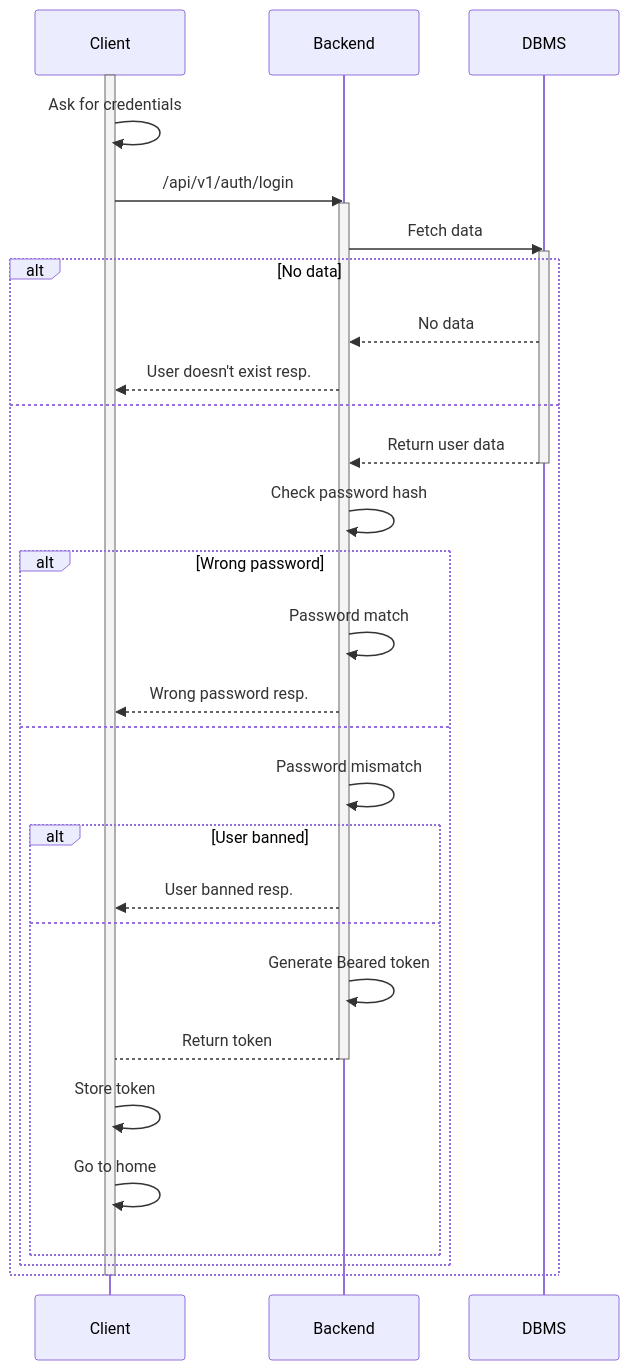
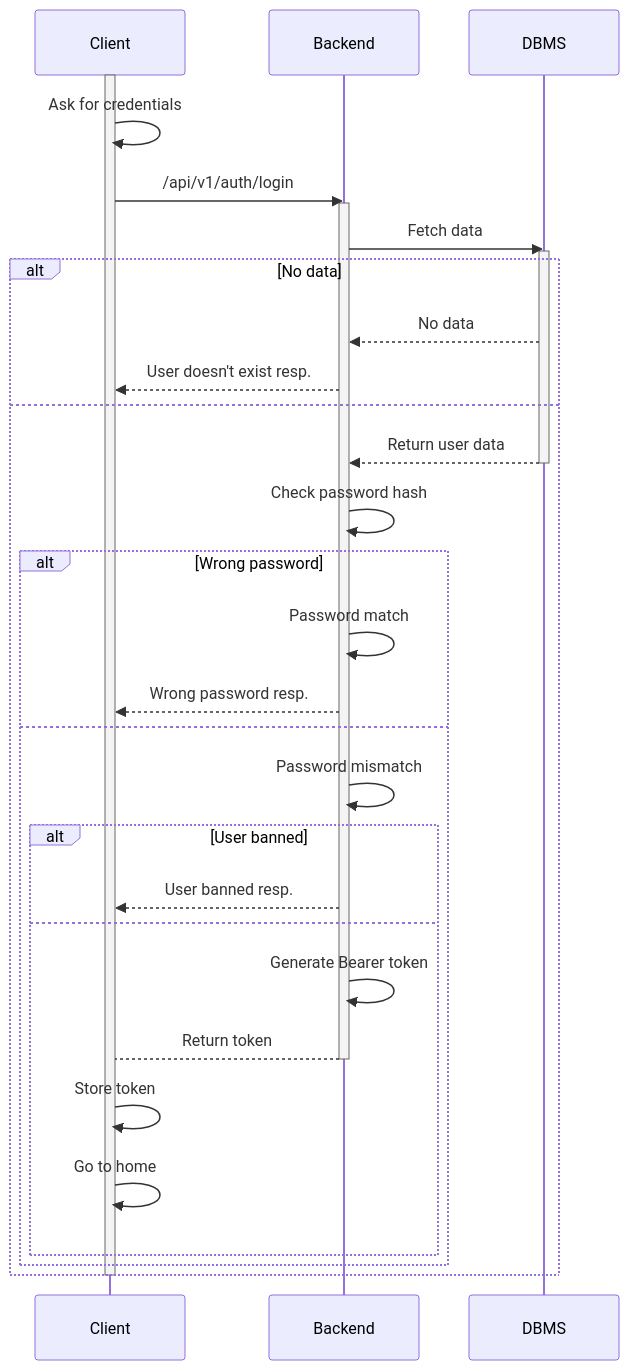
The diagram in diagrams/Sequence/Login.md (hndregjoni/codejudger-team), drawn with Mermaid before and after one commit. The commit also changed 1 other file, not shown here.

````diff
--- a/diagrams/Sequence/Login.md
+++ b/diagrams/Sequence/Login.md
@@ -1,37 +1,37 @@
 ```mermaid
 sequenceDiagram
     participant Client
     participant Backend
     participant DBMS
     activate Client
     Client->>Client: Ask for credentials
     Client->>Backend: /api/v1/auth/login
     activate Backend
     Backend->>DBMS: Fetch data
     activate DBMS
     alt No data
         DBMS-->>Backend: No data
         Backend-->>Client: User doesn't exist resp.
     else
         DBMS-->>Backend: Return user data
         deactivate DBMS
         Backend->>Backend: Check password hash
 
         alt Wrong password
             Backend->>Backend: Password match
             Backend-->>Client: Wrong password resp.
         else
             Backend->>Backend: Password mismatch
             alt User banned
                 Backend-->>Client: User banned resp.
             else
-                Backend->>Backend: Generate Beared token
+                Backend->>Backend: Generate Bearer token
                 Backend-->Client: Return token
                 deactivate Backend
                 Client->>Client: Store token
                 Client->>Client: Go to home
             end
         end
     end
     deactivate Client
 ```
````
